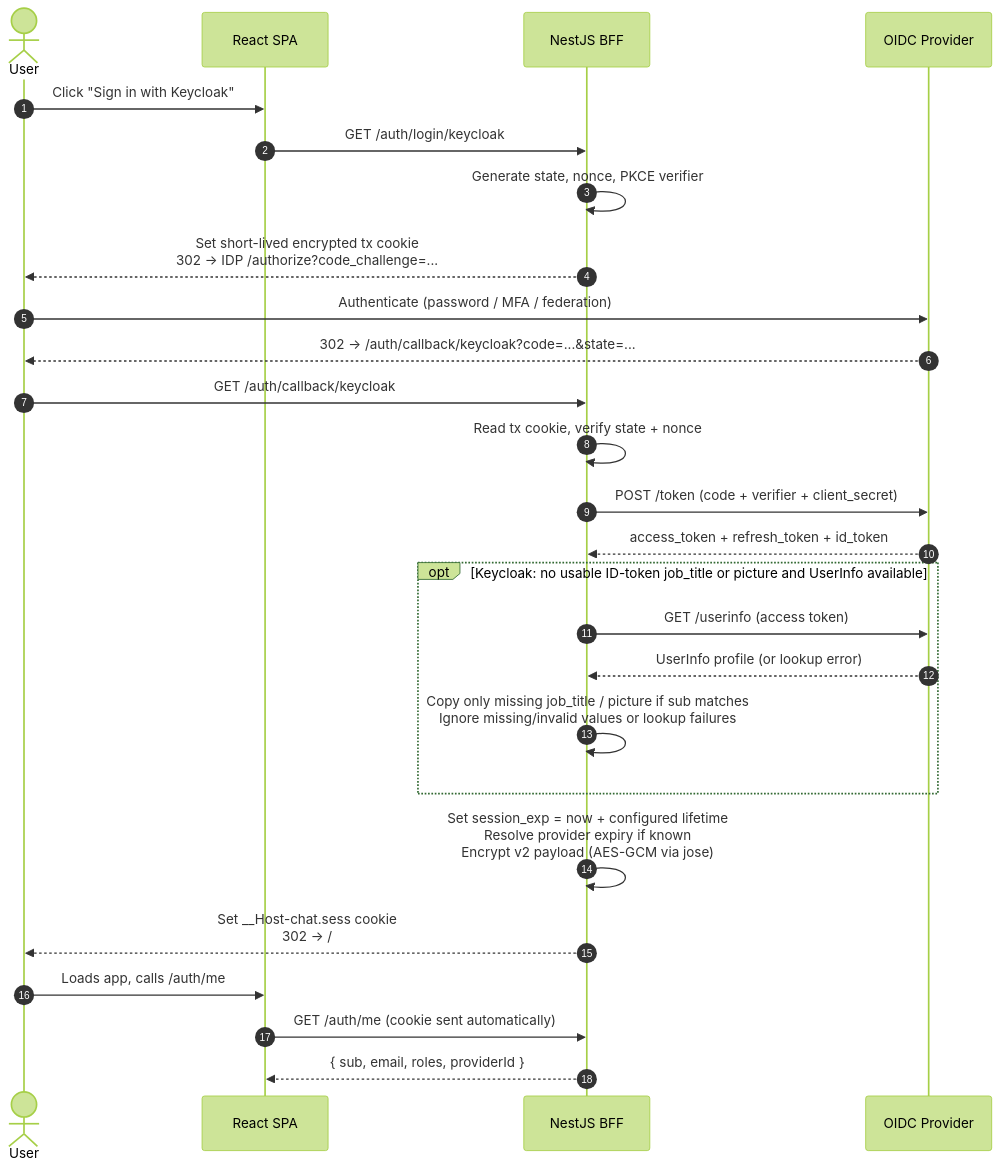
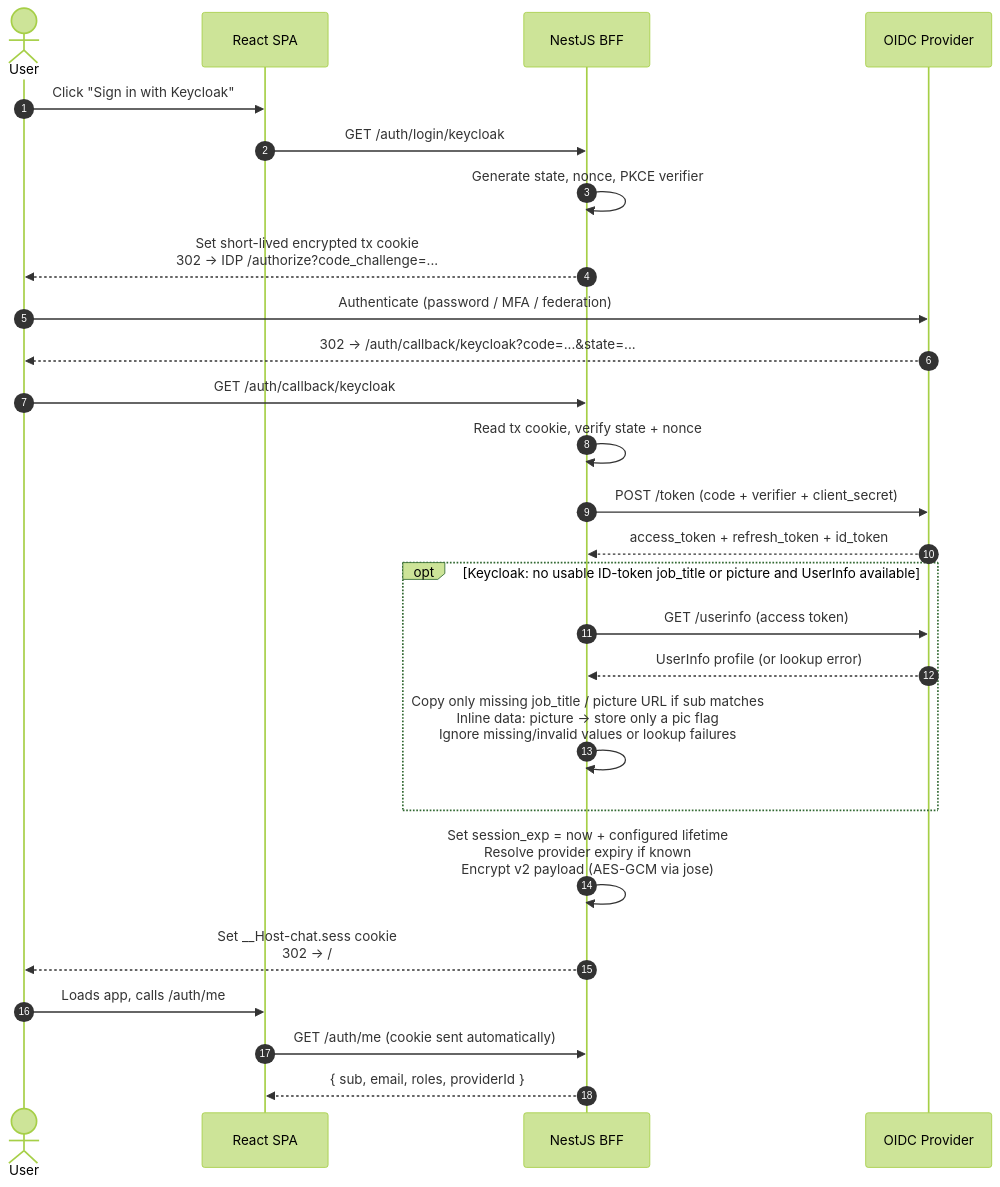
One commit to epam/ai-dial-chat changed the diagram in docs/auth/auth-diagrams/03-login-flow.mmd. Above: the diagram before and after it, drawn with Mermaid (forest theme). The commit also changed 13 other files, not shown here.

First line of the commit message:
fix(auth): serve inline data: profile pictures from /auth/me/picture

```diff
--- a/docs/auth/auth-diagrams/03-login-flow.mmd
+++ b/docs/auth/auth-diagrams/03-login-flow.mmd
@@ -1,31 +1,31 @@
 %% Login flow: Authorization Code + PKCE through the BFF.
 %% Transient tx cookie holds state/nonce/code_verifier during redirect.
 %% Final session cookie is JWE-encrypted with HttpOnly + Secure + SameSite=Lax/None.
 
 sequenceDiagram
     autonumber
     actor U as User
     participant SPA as React SPA
     participant BFF as NestJS BFF
     participant IDP as OIDC Provider
 
     U->>SPA: Click "Sign in with Keycloak"
     SPA->>BFF: GET /auth/login/keycloak
     BFF->>BFF: Generate state, nonce, PKCE verifier
     BFF-->>U: Set short-lived encrypted tx cookie<br/>302 -> IDP /authorize?code_challenge=...
     U->>IDP: Authenticate (password / MFA / federation)
     IDP-->>U: 302 -> /auth/callback/keycloak?code=...&state=...
     U->>BFF: GET /auth/callback/keycloak
     BFF->>BFF: Read tx cookie, verify state + nonce
     BFF->>IDP: POST /token (code + verifier + client_secret)
     IDP-->>BFF: access_token + refresh_token + id_token
     opt Keycloak: no usable ID-token job_title or picture and UserInfo available
         BFF->>IDP: GET /userinfo (access token)
         IDP-->>BFF: UserInfo profile (or lookup error)
-        BFF->>BFF: Copy only missing job_title / picture if sub matches<br/>Ignore missing/invalid values or lookup failures
+        BFF->>BFF: Copy only missing job_title / picture URL if sub matches<br/>Inline data: picture -> store only a pic flag<br/>Ignore missing/invalid values or lookup failures
     end
     BFF->>BFF: Set session_exp = now + configured lifetime<br/>Resolve provider expiry if known<br/>Encrypt v2 payload (AES-GCM via jose)
     BFF-->>U: Set __Host-chat.sess cookie<br/>302 -> /
     U->>SPA: Loads app, calls /auth/me
     SPA->>BFF: GET /auth/me (cookie sent automatically)
     BFF-->>SPA: { sub, email, roles, providerId }
```
